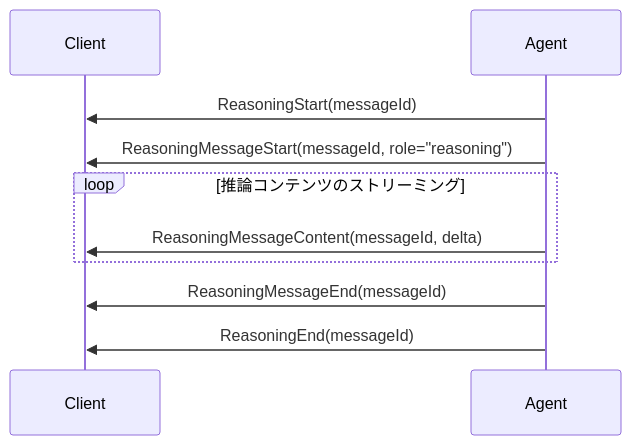
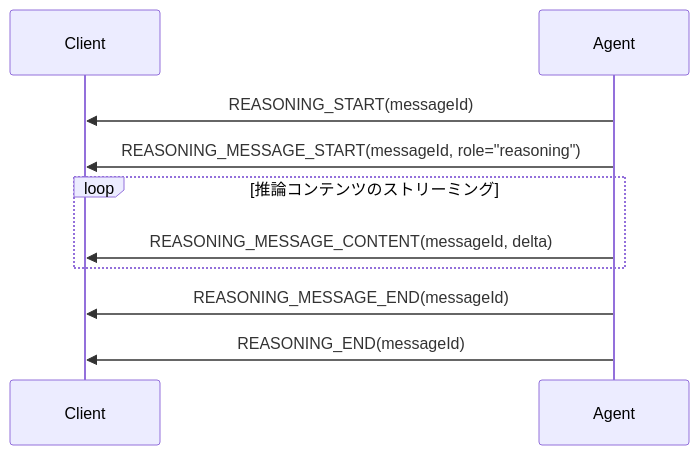
One commit to yoichiozaki/yoichiozaki.github.io changed the ninth of 12 diagrams in content/blog/ja/ag-ui-protocol.mdx. Above: the diagram before and after it, drawn with Mermaid. The commit also changed other lines of this file and 88 other files, not shown here.

````diff
--- a/content/blog/ja/ag-ui-protocol.mdx
+++ b/content/blog/ja/ag-ui-protocol.mdx
@@ -433,12 +438,12 @@
 ```mermaid
 sequenceDiagram
     participant C as Client
     participant A as Agent
-    A->>C: ReasoningStart(messageId)
-    A->>C: ReasoningMessageStart(messageId, role="reasoning")
+    A->>C: REASONING_START(messageId)
+    A->>C: REASONING_MESSAGE_START(messageId, role="reasoning")
     loop 推論コンテンツのストリーミング
-        A->>C: ReasoningMessageContent(messageId, delta)
+        A->>C: REASONING_MESSAGE_CONTENT(messageId, delta)
     end
-    A->>C: ReasoningMessageEnd(messageId)
-    A->>C: ReasoningEnd(messageId)
+    A->>C: REASONING_MESSAGE_END(messageId)
+    A->>C: REASONING_END(messageId)
 ```
````
